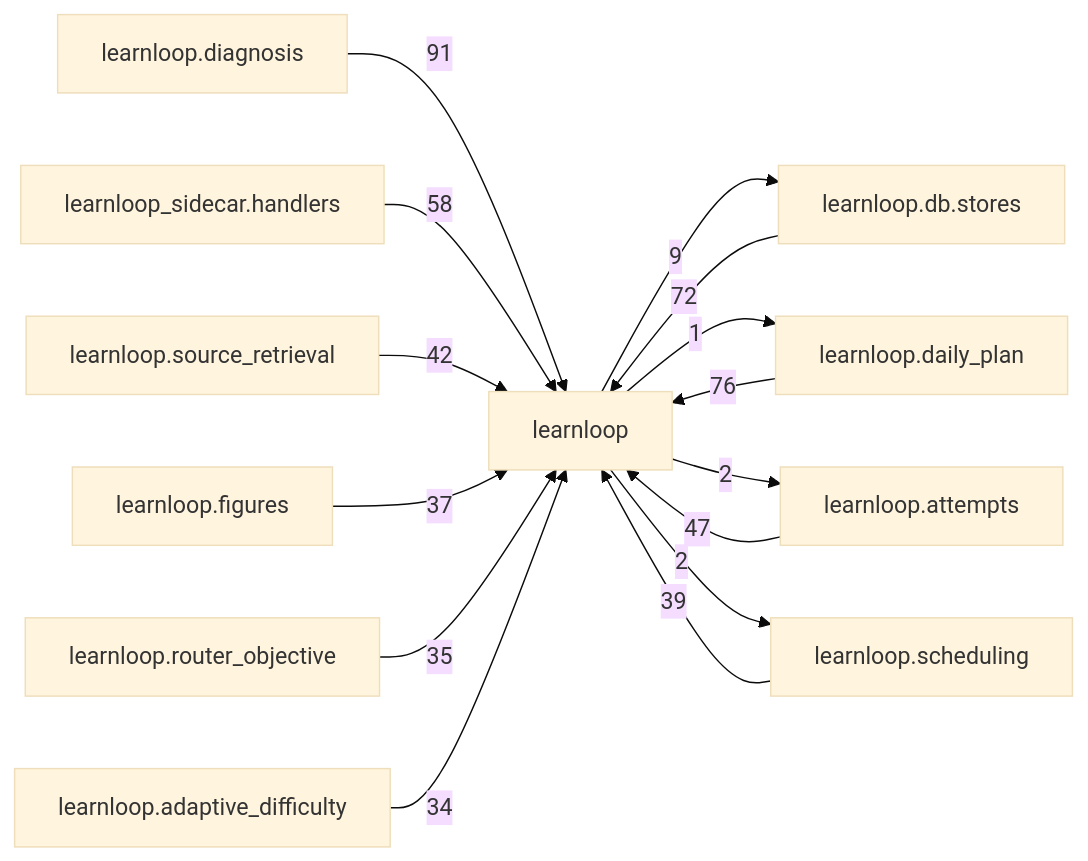
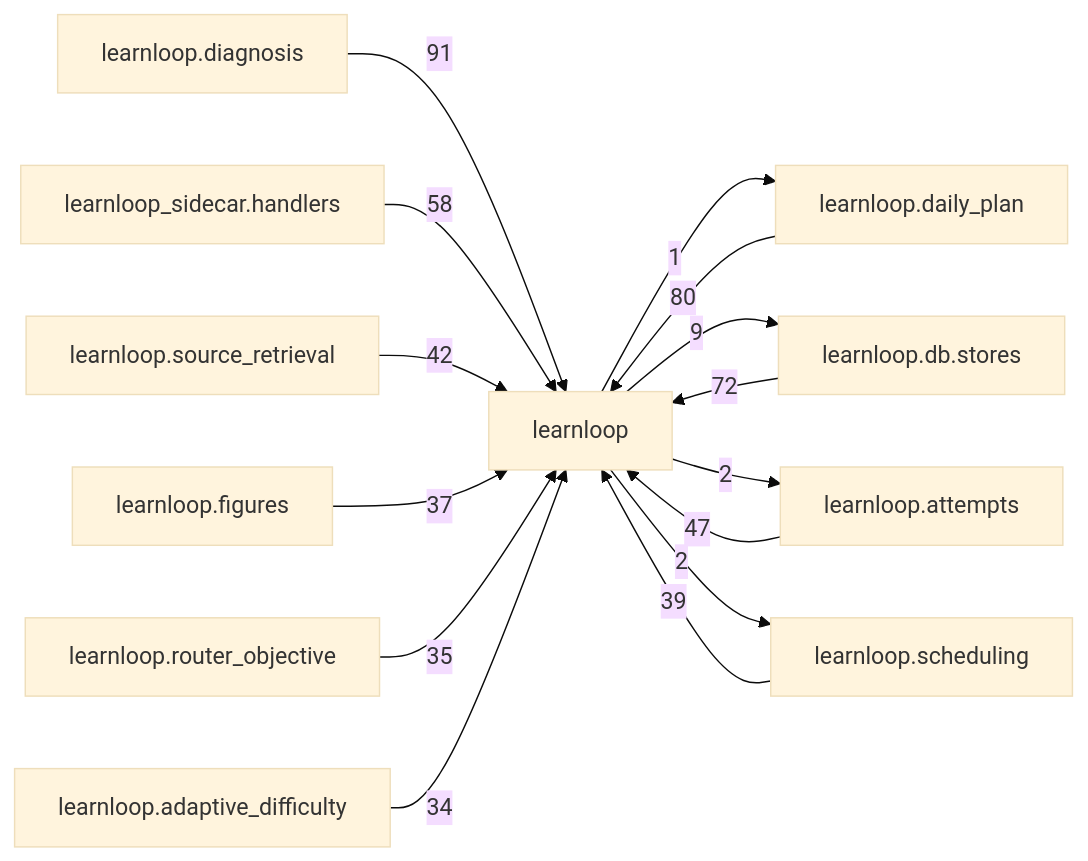
Before and after one commit to 6up-b/learnanything: the diagram in docs/learnloop-architecture-vault/Reference/Modules/learnloop/_package.md, drawn with Mermaid (base theme). The commit also changed other lines of this file and 69 other files, not shown here.

Commit message:
Vault: module references regenerated after the probe router's continuation (a note for daily_plan.probe_continuation)

````diff
--- a/docs/learnloop-architecture-vault/Reference/Modules/learnloop/_package.md
+++ b/docs/learnloop-architecture-vault/Reference/Modules/learnloop/_package.md
@@ -275,28 +275,28 @@
 ```mermaid
 flowchart LR
     center["learnloop"]
     n_learnloop_diagnosis["learnloop.diagnosis"]
+    n_learnloop_daily_plan["learnloop.daily_plan"]
     n_learnloop_db_stores["learnloop.db.stores"]
-    n_learnloop_daily_plan["learnloop.daily_plan"]
     n_learnloop_sidecar_handlers["learnloop_sidecar.handlers"]
     n_learnloop_attempts["learnloop.attempts"]
     n_learnloop_source_retrieval["learnloop.source_retrieval"]
     n_learnloop_scheduling["learnloop.scheduling"]
     n_learnloop_figures["learnloop.figures"]
     n_learnloop_router_objective["learnloop.router_objective"]
     n_learnloop_adaptive_difficulty["learnloop.adaptive_difficulty"]
     n_learnloop_diagnosis -->|91| center
+    n_learnloop_daily_plan -->|80| center
+    center -->|1| n_learnloop_daily_plan
     n_learnloop_db_stores -->|72| center
     center -->|9| n_learnloop_db_stores
-    n_learnloop_daily_plan -->|76| center
-    center -->|1| n_learnloop_daily_plan
     n_learnloop_sidecar_handlers -->|58| center
     n_learnloop_attempts -->|47| center
     center -->|2| n_learnloop_attempts
     n_learnloop_source_retrieval -->|42| center
     n_learnloop_scheduling -->|39| center
     center -->|2| n_learnloop_scheduling
     n_learnloop_figures -->|37| center
     n_learnloop_router_objective -->|35| center
     n_learnloop_adaptive_difficulty -->|34| center
 ```
````
